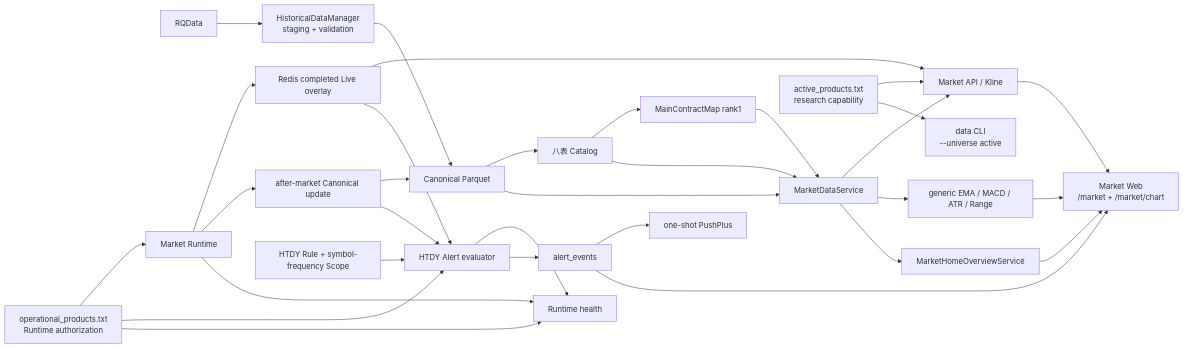
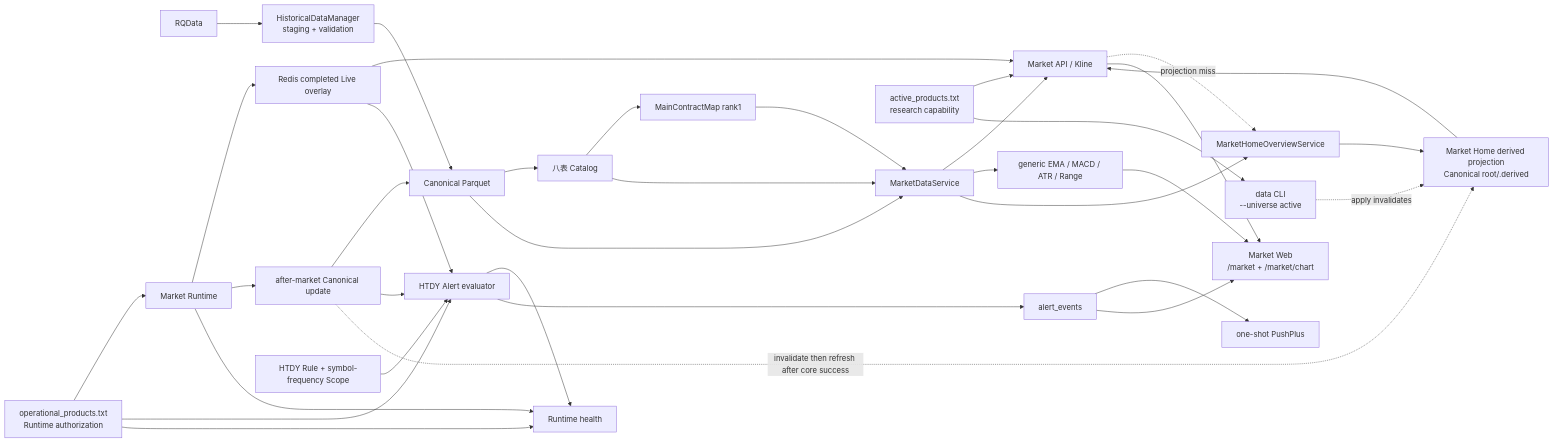
The diagram in docs/ARCHITECTURE.md (firehell/guiyi-quant-workstation), drawn with Mermaid before and after one commit. The commit also changed other lines of this file, not shown here.

Commit message:
docs: add Market Home derived projection edge

````diff
--- a/docs/ARCHITECTURE.md
+++ b/docs/ARCHITECTURE.md
@@ -7,35 +7,40 @@
 ```mermaid
 flowchart LR
   RQ[RQData] --> HDM[HistoricalDataManager<br/>staging + validation]
   HDM --> CP[Canonical Parquet]
   CP --> CAT[八表 Catalog]
   CAT --> MCM[MainContractMap rank1]
   CP --> MDS[MarketDataService]
   CAT --> MDS
   MCM --> MDS
 
   ACTIVE[active_products.txt<br/>research capability] --> MARKET[Market API / Kline]
   ACTIVE --> DCLI[data CLI<br/>--universe active]
   MDS --> MARKET
   MDS --> IND[generic EMA / MACD / ATR / Range]
+  MDS --> HOME[MarketHomeOverviewService]
+  HOME --> PROJ[Market Home derived projection<br/>Canonical root/.derived]
+  PROJ --> MARKET
+  MARKET -. projection miss .-> HOME
   MARKET --> WEB[Market Web<br/>/market + /market/chart]
   IND --> WEB
-  MDS --> HOME[MarketHomeOverviewService]
-  HOME --> WEB
+
+  DCLI -. apply invalidates .-> PROJ
 
   OPS[operational_products.txt<br/>Runtime authorization] --> MR[Market Runtime]
   OPS --> AE[HTDY Alert evaluator]
   OPS --> HEALTH[Runtime health]
   MR --> LIVE[Redis completed Live overlay]
   MR --> EOD[after-market Canonical update]
   MR --> HEALTH
   LIVE --> MARKET
   LIVE --> AE
   EOD --> CP
   EOD --> AE
+  EOD -. invalidate then refresh after core success .-> PROJ
   RULE[HTDY Rule + symbol-frequency Scope] --> AE
   AE --> HEALTH
   AE --> EVENT[alert_events]
   EVENT --> PUSH[one-shot PushPlus]
   EVENT --> WEB
 ```
````
